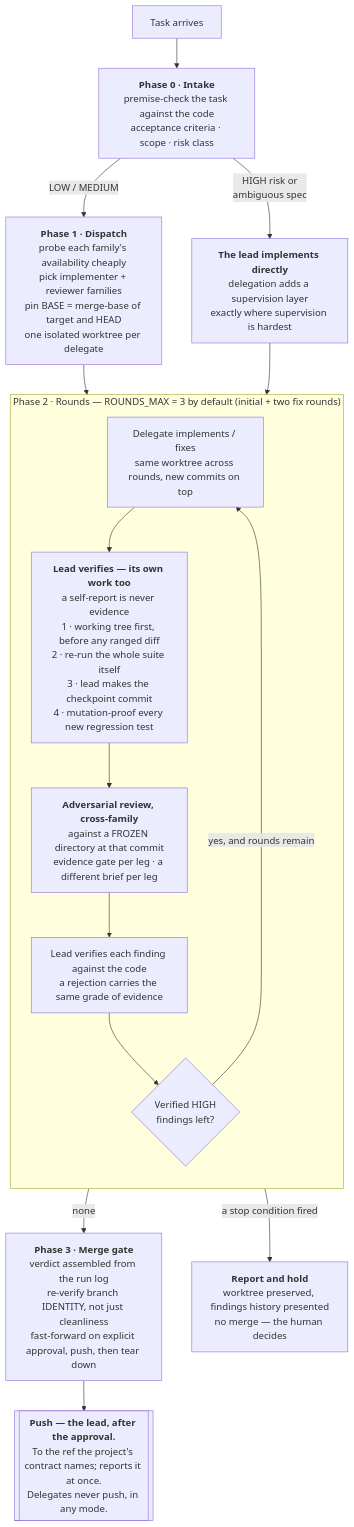
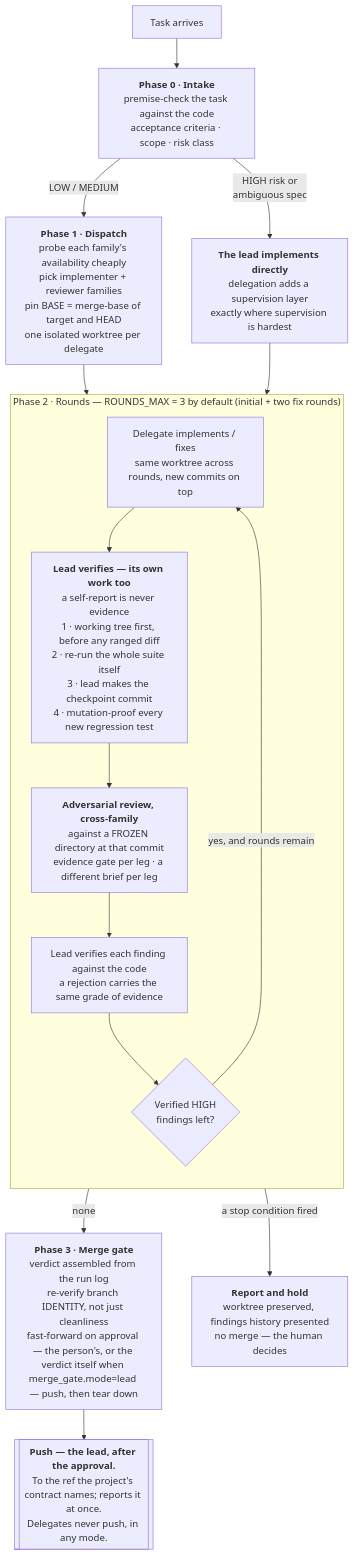
The first of 2 diagrams in docs/workflow.md (aarontzeng/dev-lead), drawn with Mermaid before and after one commit. The commit also changed other lines of this file and 12 other files, not shown here.

First line of the commit message:
0.6.20 fix round: the gate's audit fields, one TOML reader, and every doc that still said the person is the only gate

````diff
--- a/docs/workflow.md
+++ b/docs/workflow.md
@@ -11,22 +11,22 @@
 ```mermaid
 flowchart TD
     A["Task arrives"] --> B["<b>Phase 0 · Intake</b><br/>premise-check the task against the code<br/>acceptance criteria · scope · risk class"]
     B -->|"HIGH risk or<br/>ambiguous spec"| L["<b>The lead implements directly</b><br/>delegation adds a supervision layer<br/>exactly where supervision is hardest"]
     B -->|"LOW / MEDIUM"| D["<b>Phase 1 · Dispatch</b><br/>probe each family's availability cheaply<br/>pick implementer + reviewer families<br/>pin BASE = merge-base of target and HEAD<br/>one isolated worktree per delegate"]
     D --> R1
     L --> R2
 
     subgraph R["Phase 2 · Rounds — ROUNDS_MAX = 3 by default (initial + two fix rounds)"]
         direction TB
         R1["Delegate implements / fixes<br/>same worktree across rounds, new commits on top"]
         R1 --> R2["<b>Lead verifies — its own work too</b><br/>a self-report is never evidence<br/>1 · working tree first, before any ranged diff<br/>2 · re-run the whole suite itself<br/>3 · lead makes the checkpoint commit<br/>4 · mutation-proof every new regression test"]
         R2 --> R3["<b>Adversarial review, cross-family</b><br/>against a FROZEN directory at that commit<br/>evidence gate per leg · a different brief per leg"]
         R3 --> R4["Lead verifies each finding against the code<br/>a rejection carries the same grade of evidence"]
         R4 --> R5{"Verified HIGH<br/>findings left?"}
         R5 -->|"yes, and rounds remain"| R1
     end
 
-    R5 -->|"none"| M["<b>Phase 3 · Merge gate</b><br/>verdict assembled from the run log<br/>re-verify branch IDENTITY, not just cleanliness<br/>fast-forward on explicit approval, push, then tear down"]
+    R5 -->|"none"| M["<b>Phase 3 · Merge gate</b><br/>verdict assembled from the run log<br/>re-verify branch IDENTITY, not just cleanliness<br/>fast-forward on approval — the person's, or the verdict itself when merge_gate.mode=lead — push, then tear down"]
     R5 -->|"a stop condition fired"| S["<b>Report and hold</b><br/>worktree preserved, findings history presented<br/>no merge — the human decides"]
     M --> P[["<b>Push — the lead, after the approval.</b><br/>To the ref the project's contract names; reports it at once.<br/>Delegates never push, in any mode."]]
 ```
````
